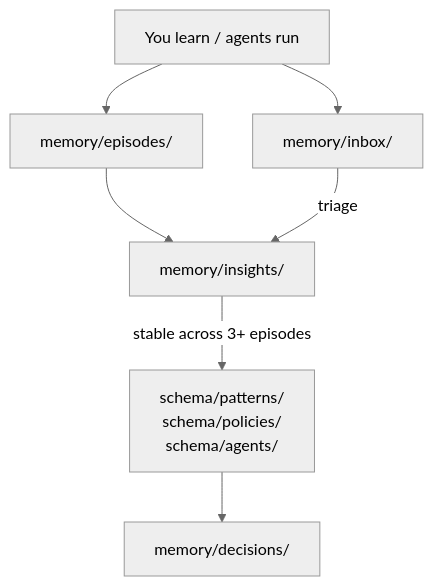
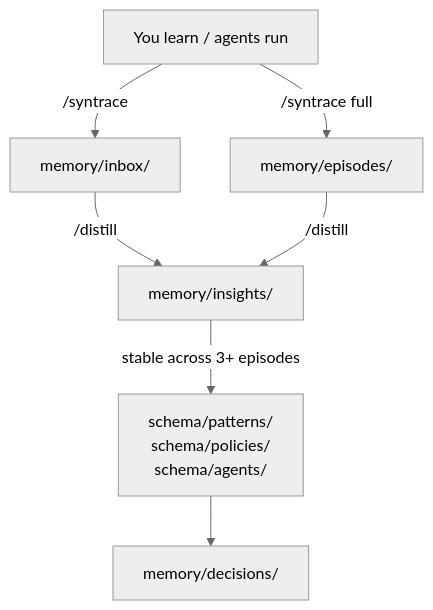
One commit to leksval/syntrace changed the diagram in README.md. Above: the diagram before and after it, drawn with Mermaid (neutral theme). The commit also changed other lines of this file and 13 other files, not shown here.

````diff
--- a/README.md
+++ b/README.md
@@ -102,9 +119,9 @@
 ```mermaid
 flowchart TD
-    Work["You learn / agents run"] --> Episodes["memory/episodes/"]
-    Work --> Inbox["memory/inbox/"]
-    Episodes --> Insights["memory/insights/"]
-    Inbox -->|triage| Insights
+    Work["You learn / agents run"] -->|"/syntrace"| Inbox["memory/inbox/"]
+    Work -->|"/syntrace full"| Episodes["memory/episodes/"]
+    Inbox -->|"/distill"| Insights["memory/insights/"]
+    Episodes -->|"/distill"| Insights
     Insights -->|"stable across 3+ episodes"| Schema["schema/patterns/\nschema/policies/\nschema/agents/"]
     Schema --> Decisions["memory/decisions/"]
 ```
````
